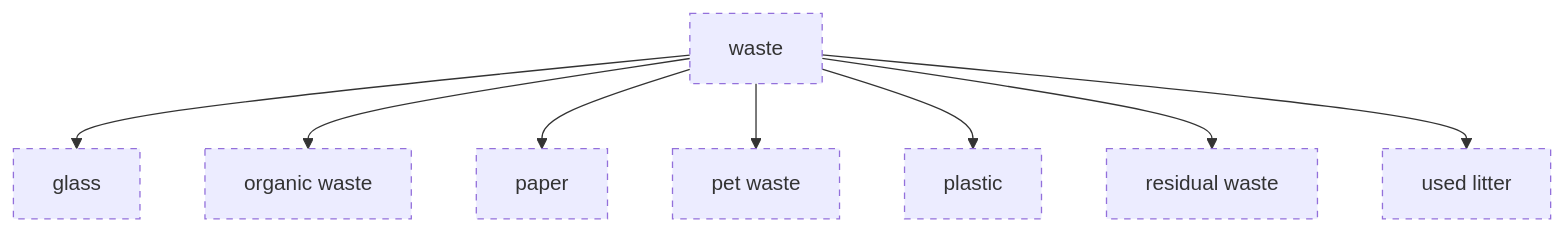
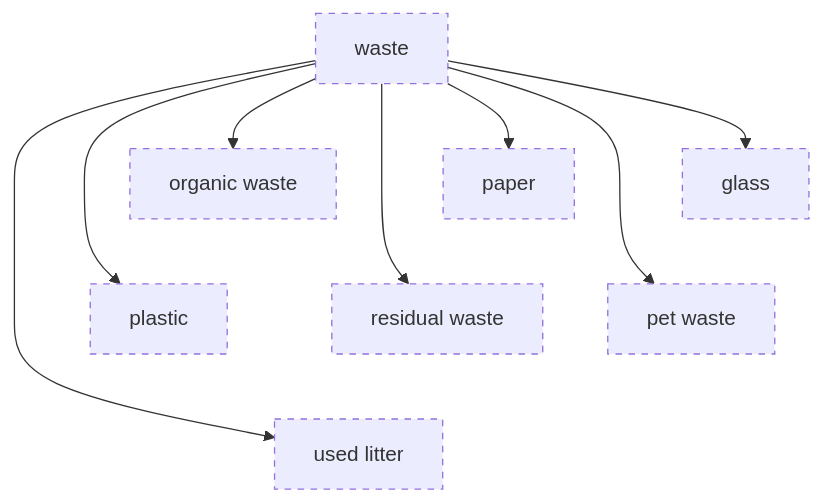
Diagram 12 of 57 in data/ontology-pets-and-house-rules/03_release/00_raw/level-2.md (belaboros/DomainAiAssistant), drawn with Mermaid before and after one commit. The commit also changed other lines of this file and 16 other files, not shown here.

First line of the commit message:
T39 (spec 0002): level diagrams near 16:9, is-a edges in relation diagrams

````diff
--- a/data/ontology-pets-and-house-rules/03_release/00_raw/level-2.md
+++ b/data/ontology-pets-and-house-rules/03_release/00_raw/level-2.md
@@ -181,20 +185,24 @@
 ```mermaid
 flowchart TB
     classDef draft stroke-dasharray: 5 5
     cn_01M82HBAX7NMYFG8GE4P9Y56FC["glass"]
     cn_01M82HBAX7NMYFG8GE4P9Y56FD["organic waste"]
     cn_01M82HBAX7NMYFG8GE4P9Y56FA["paper"]
     cn_01M82HBAX7NMYFG8GE4P9Y56F6["pet waste"]
     cn_01M82HBAX7NMYFG8GE4P9Y56FB["plastic"]
     cn_01M82H1MQPVEX27Q0YHCNZ9WE3["residual waste"]
     cn_01M82H1MQPVEX27Q0YHCNZ9WE1["used litter"]
     cn_01M82HBAX7NMYFG8GE4P9Y56F3["waste"]
     cn_01M82HBAX7NMYFG8GE4P9Y56F3 --> cn_01M82HBAX7NMYFG8GE4P9Y56FC
     cn_01M82HBAX7NMYFG8GE4P9Y56F3 --> cn_01M82HBAX7NMYFG8GE4P9Y56FD
     cn_01M82HBAX7NMYFG8GE4P9Y56F3 --> cn_01M82HBAX7NMYFG8GE4P9Y56FA
     cn_01M82HBAX7NMYFG8GE4P9Y56F3 --> cn_01M82HBAX7NMYFG8GE4P9Y56F6
     cn_01M82HBAX7NMYFG8GE4P9Y56F3 --> cn_01M82HBAX7NMYFG8GE4P9Y56FB
     cn_01M82HBAX7NMYFG8GE4P9Y56F3 --> cn_01M82H1MQPVEX27Q0YHCNZ9WE3
     cn_01M82HBAX7NMYFG8GE4P9Y56F3 --> cn_01M82H1MQPVEX27Q0YHCNZ9WE1
+    cn_01M82HBAX7NMYFG8GE4P9Y56FC ~~~ cn_01M82HBAX7NMYFG8GE4P9Y56F6
+    cn_01M82HBAX7NMYFG8GE4P9Y56FD ~~~ cn_01M82HBAX7NMYFG8GE4P9Y56FB
+    cn_01M82HBAX7NMYFG8GE4P9Y56FA ~~~ cn_01M82H1MQPVEX27Q0YHCNZ9WE3
+    cn_01M82HBAX7NMYFG8GE4P9Y56F6 ~~~ cn_01M82H1MQPVEX27Q0YHCNZ9WE1
     class cn_01M82HBAX7NMYFG8GE4P9Y56FC,cn_01M82HBAX7NMYFG8GE4P9Y56FD,cn_01M82HBAX7NMYFG8GE4P9Y56FA,cn_01M82HBAX7NMYFG8GE4P9Y56F6,cn_01M82HBAX7NMYFG8GE4P9Y56FB,cn_01M82H1MQPVEX27Q0YHCNZ9WE3,cn_01M82H1MQPVEX27Q0YHCNZ9WE1,cn_01M82HBAX7NMYFG8GE4P9Y56F3 draft
 ```
````
